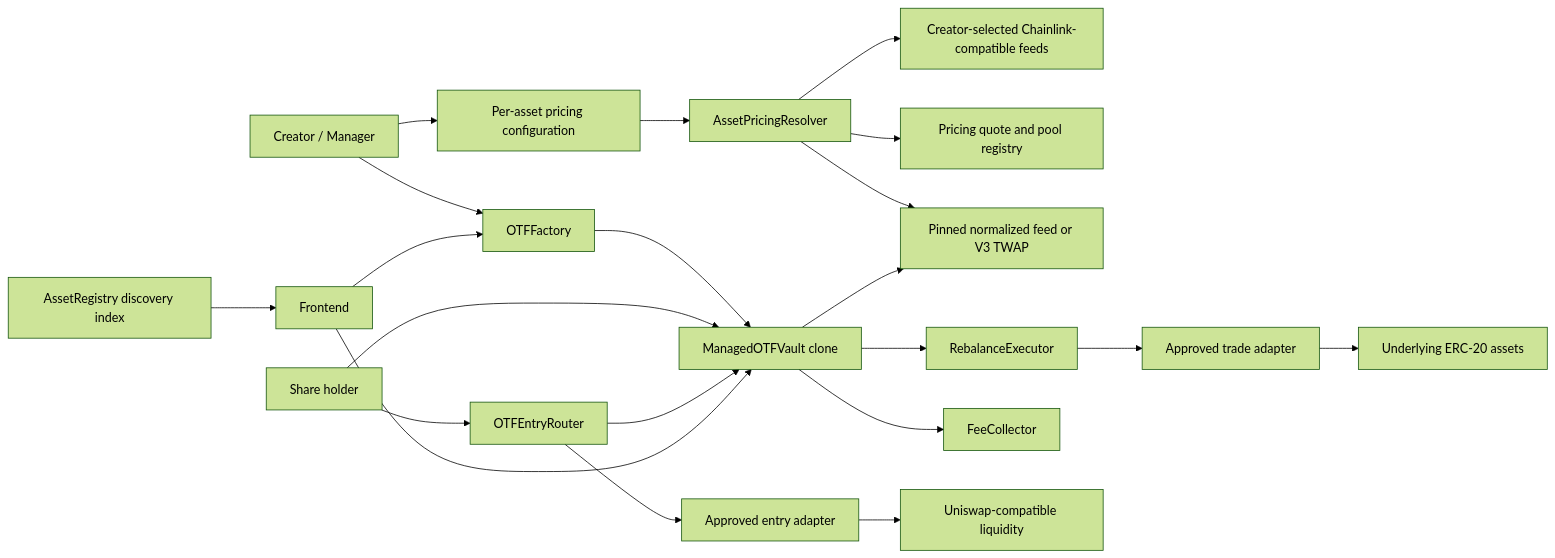
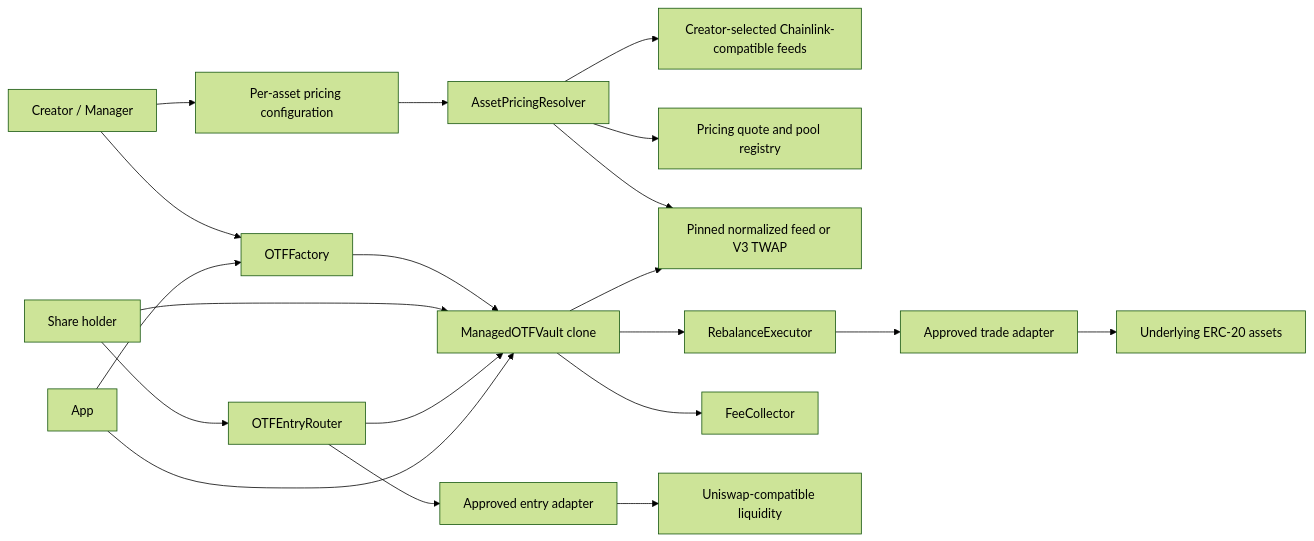
The diagram in README.md (han1ue/onchaintradedfunds), drawn with Mermaid (forest theme) before and after one commit. The commit also changed other lines of this file and 28 other files, not shown here.

Commit message:
Remove asset registry and bound challenge grace period

````diff
--- a/README.md
+++ b/README.md
@@ -69,23 +68,22 @@
 ```mermaid
 flowchart LR
   Creator[Creator / Manager] --> Factory[OTFFactory]
   Factory --> Clone[ManagedOTFVault clone]
   Creator --> Config[Per-asset pricing configuration]
   Config --> Resolver[AssetPricingResolver]
   Resolver --> Feeds[Creator-selected Chainlink-compatible feeds]
   Resolver --> V3Registry[Pricing quote and pool registry]
   Resolver --> Pinned[Pinned normalized feed or V3 TWAP]
   Clone --> Pinned
-  Registry[AssetRegistry discovery index] --> App[Frontend]
   Clone --> Executor[RebalanceExecutor]
   Executor --> Adapter[Approved trade adapter]
   Adapter --> Tokens[Underlying ERC-20 assets]
   Clone --> Collector[FeeCollector]
   User[Share holder] --> Clone
   User --> EntryRouter[OTFEntryRouter]
   EntryRouter --> EntryAdapter[Approved entry adapter]
   EntryAdapter --> Liquidity[Uniswap-compatible liquidity]
   EntryRouter --> Clone
   App --> Factory
   App --> Clone
 ```
````
